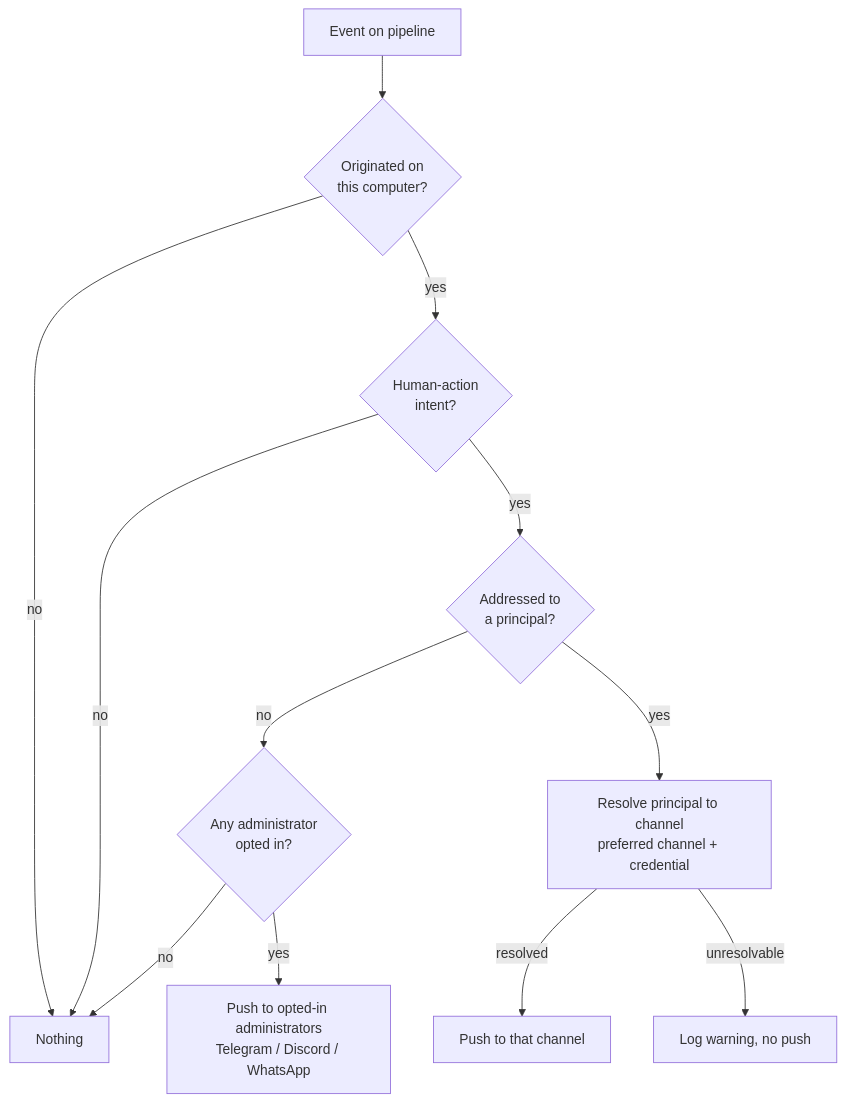
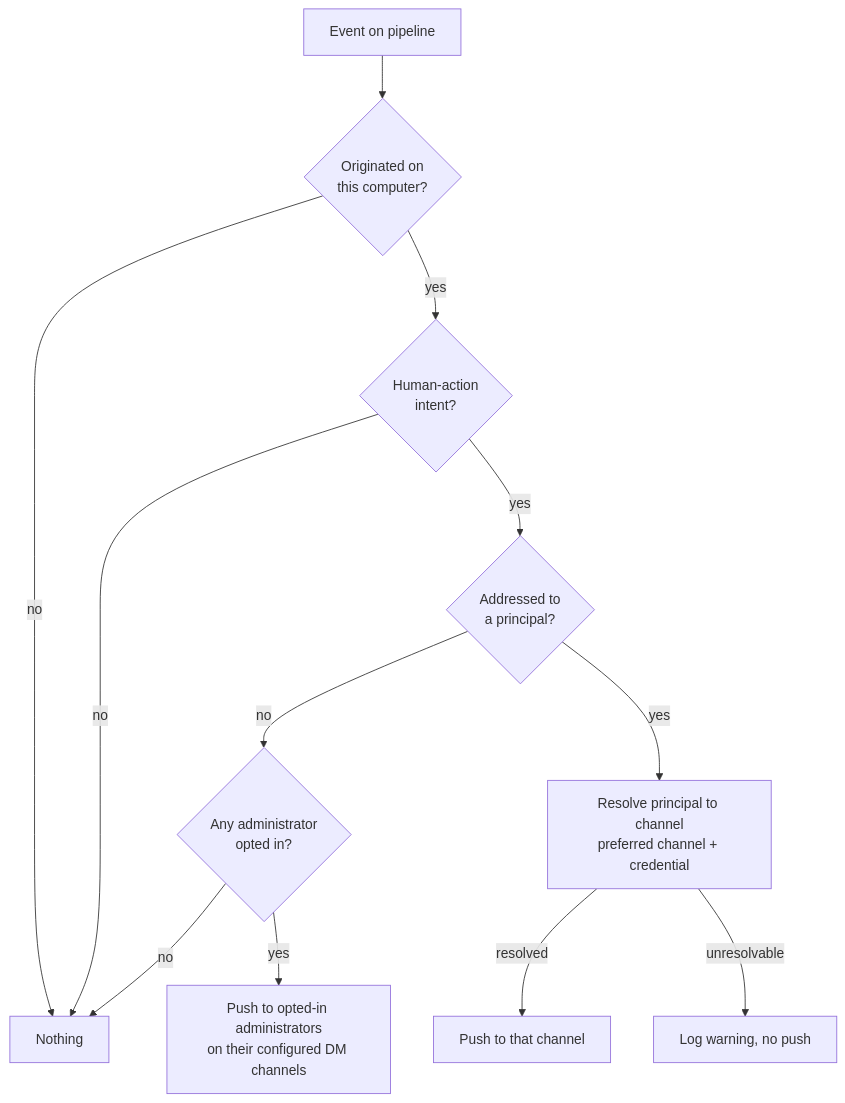
The diagram in docs/local/design/architecture/notification-delivery.human-alerts-agent-only.md (InstruktAI/TeleClaude), drawn with Mermaid before and after one commit. The commit also changed other lines of this file, not shown here.

First line of the commit message:
docs(notifications): keep the delivery design's purpose and channels to their owners

````diff
--- a/docs/local/design/architecture/notification-delivery.human-alerts-agent-only.md
+++ b/docs/local/design/architecture/notification-delivery.human-alerts-agent-only.md
@@ -100,14 +95,14 @@
 ```mermaid
 flowchart TD
     E[Event on pipeline] --> O{Originated on<br/>this computer?}
     O -- no --> N[Nothing]
     O -- yes --> I{Human-action<br/>intent?}
     I -- no --> N
     I -- yes --> A{Addressed to<br/>a principal?}
     A -- no --> F{Any administrator<br/>opted in?}
     F -- no --> N
-    F -- yes --> D[Push to opted-in administrators<br/>Telegram / Discord / WhatsApp]
+    F -- yes --> D[Push to opted-in administrators<br/>on their configured DM channels]
     A -- yes --> S[Resolve principal to channel<br/>preferred channel + credential]
     S -- resolved --> T[Push to that channel]
     S -- unresolvable --> W[Log warning, no push]
 ```
````
